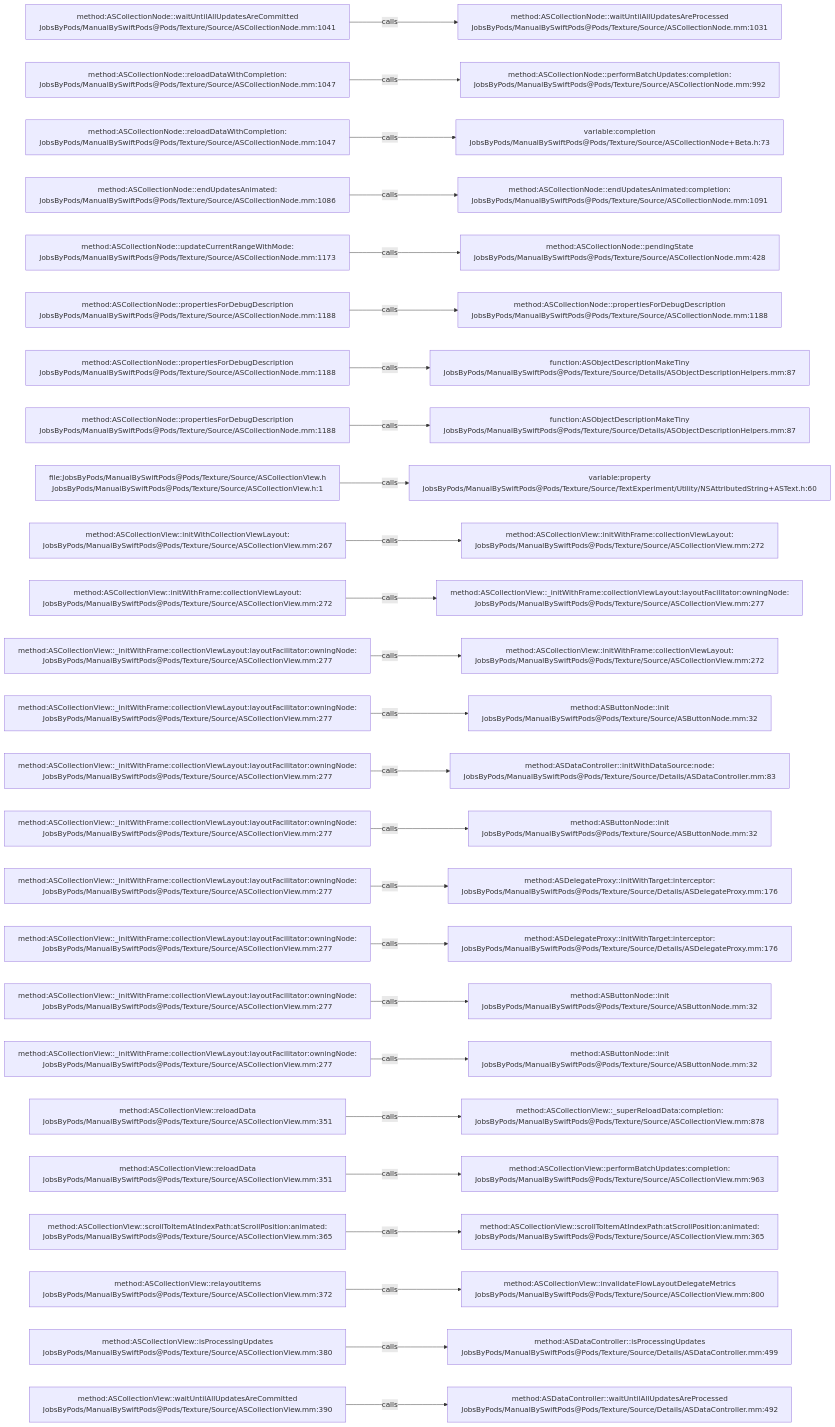
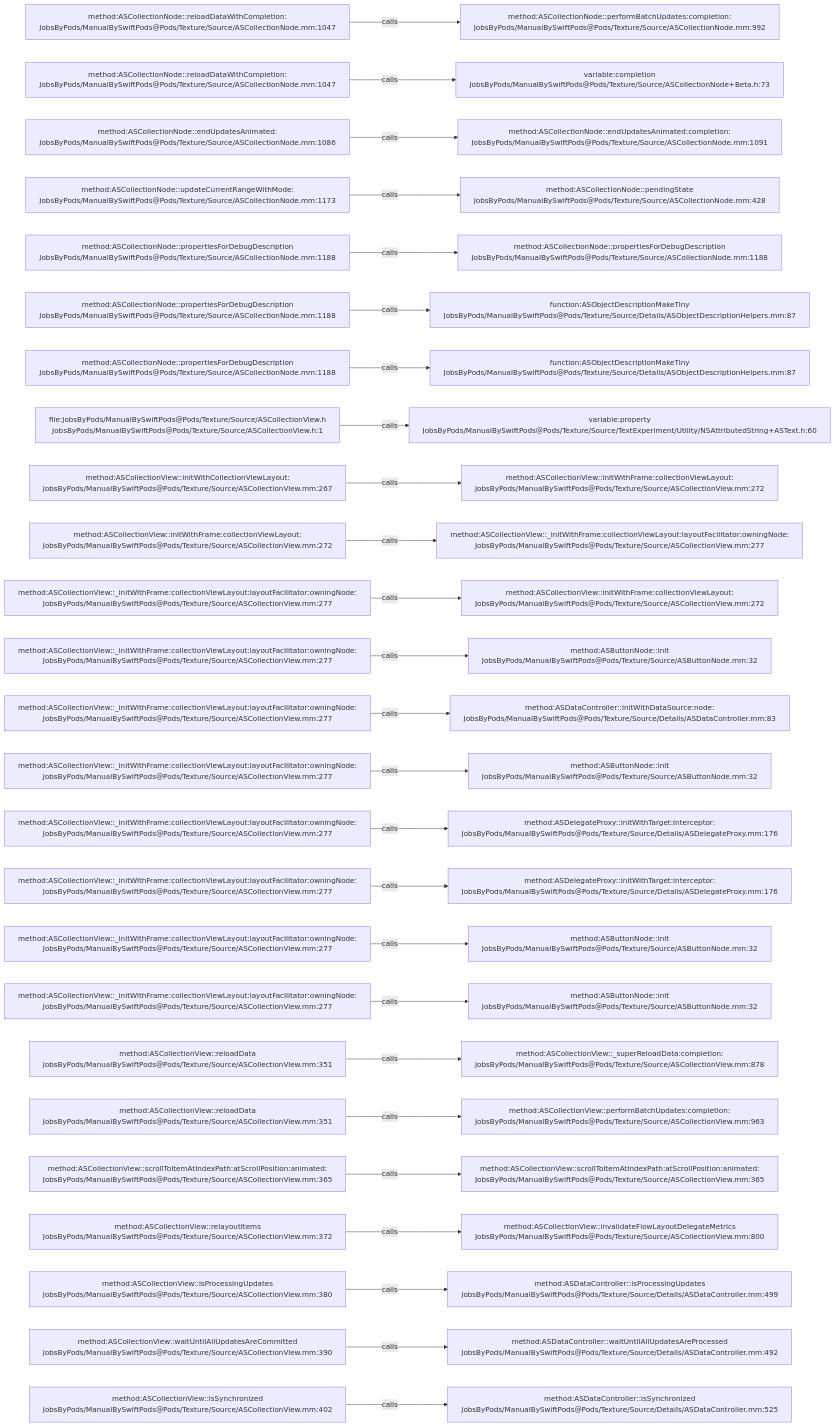
Before and after one commit to JobsKits/JobsSwiftBaseConfigDemo: the diagram in .codegraph/codegraph.md/graphs/calls-010.md, drawn with Mermaid. The commit also changed 747 other files, not shown here.

````diff
--- a/.codegraph/codegraph.md/graphs/calls-010.md
+++ b/.codegraph/codegraph.md/graphs/calls-010.md
@@ -13,78 +13,78 @@
 ```mermaid
 flowchart LR
-  S1["method:ASCollectionNode::waitUntilAllUpdatesAreCommitted<br/>JobsByPods/ManualBySwiftPods@Pods/Texture/Source/ASCollectionNode.mm:1041"]
-  T1["method:ASCollectionNode::waitUntilAllUpdatesAreProcessed<br/>JobsByPods/ManualBySwiftPods@Pods/Texture/Source/ASCollectionNode.mm:1031"]
+  S1["method:ASCollectionNode::reloadDataWithCompletion:<br/>JobsByPods/ManualBySwiftPods@Pods/Texture/Source/ASCollectionNode.mm:1047"]
+  T1["method:ASCollectionNode::performBatchUpdates:completion:<br/>JobsByPods/ManualBySwiftPods@Pods/Texture/Source/ASCollectionNode.mm:992"]
   S1 -->|calls| T1
   S2["method:ASCollectionNode::reloadDataWithCompletion:<br/>JobsByPods/ManualBySwiftPods@Pods/Texture/Source/ASCollectionNode.mm:1047"]
-  T2["method:ASCollectionNode::performBatchUpdates:completion:<br/>JobsByPods/ManualBySwiftPods@Pods/Texture/Source/ASCollectionNode.mm:992"]
+  T2["variable:completion<br/>JobsByPods/ManualBySwiftPods@Pods/Texture/Source/ASCollectionNode+Beta.h:73"]
   S2 -->|calls| T2
-  S3["method:ASCollectionNode::reloadDataWithCompletion:<br/>JobsByPods/ManualBySwiftPods@Pods/Texture/Source/ASCollectionNode.mm:1047"]
-  T3["variable:completion<br/>JobsByPods/ManualBySwiftPods@Pods/Texture/Source/ASCollectionNode+Beta.h:73"]
+  S3["method:ASCollectionNode::endUpdatesAnimated:<br/>JobsByPods/ManualBySwiftPods@Pods/Texture/Source/ASCollectionNode.mm:1086"]
+  T3["method:ASCollectionNode::endUpdatesAnimated:completion:<br/>JobsByPods/ManualBySwiftPods@Pods/Texture/Source/ASCollectionNode.mm:1091"]
   S3 -->|calls| T3
-  S4["method:ASCollectionNode::endUpdatesAnimated:<br/>JobsByPods/ManualBySwiftPods@Pods/Texture/Source/ASCollectionNode.mm:1086"]
-  T4["method:ASCollectionNode::endUpdatesAnimated:completion:<br/>JobsByPods/ManualBySwiftPods@Pods/Texture/Source/ASCollectionNode.mm:1091"]
+  S4["method:ASCollectionNode::updateCurrentRangeWithMode:<br/>JobsByPods/ManualBySwiftPods@Pods/Texture/Source/ASCollectionNode.mm:1173"]
+  T4["method:ASCollectionNode::pendingState<br/>JobsByPods/ManualBySwiftPods@Pods/Texture/Source/ASCollectionNode.mm:428"]
   S4 -->|calls| T4
-  S5["method:ASCollectionNode::updateCurrentRangeWithMode:<br/>JobsByPods/ManualBySwiftPods@Pods/Texture/Source/ASCollectionNode.mm:1173"]
-  T5["method:ASCollectionNode::pendingState<br/>JobsByPods/ManualBySwiftPods@Pods/Texture/Source/ASCollectionNode.mm:428"]
+  S5["method:ASCollectionNode::propertiesForDebugDescription<br/>JobsByPods/ManualBySwiftPods@Pods/Texture/Source/ASCollectionNode.mm:1188"]
+  T5["method:ASCollectionNode::propertiesForDebugDescription<br/>JobsByPods/ManualBySwiftPods@Pods/Texture/Source/ASCollectionNode.mm:1188"]
   S5 -->|calls| T5
   S6["method:ASCollectionNode::propertiesForDebugDescription<br/>JobsByPods/ManualBySwiftPods@Pods/Texture/Source/ASCollectionNode.mm:1188"]
-  T6["method:ASCollectionNode::propertiesForDebugDescription<br/>JobsByPods/ManualBySwiftPods@Pods/Texture/Source/ASCollectionNode.mm:1188"]
+  T6["function:ASObjectDescriptionMakeTiny<br/>JobsByPods/ManualBySwiftPods@Pods/Texture/Source/Details/ASObjectDescriptionHelpers.mm:87"]
   S6 -->|calls| T6
   S7["method:ASCollectionNode::propertiesForDebugDescription<br/>JobsByPods/ManualBySwiftPods@Pods/Texture/Source/ASCollectionNode.mm:1188"]
   T7["function:ASObjectDescriptionMakeTiny<br/>JobsByPods/ManualBySwiftPods@Pods/Texture/Source/Details/ASObjectDescriptionHelpers.mm:87"]
   S7 -->|calls| T7
-  S8["method:ASCollectionNode::propertiesForDebugDescription<br/>JobsByPods/ManualBySwiftPods@Pods/Texture/Source/ASCollectionNode.mm:1188"]
-  T8["function:ASObjectDescriptionMakeTiny<br/>JobsByPods/ManualBySwiftPods@Pods/Texture/Source/Details/ASObjectDescriptionHelpers.mm:87"]
+  S8["file:JobsByPods/ManualBySwiftPods@Pods/Texture/Source/ASCollectionView.h<br/>JobsByPods/ManualBySwiftPods@Pods/Texture/Source/ASCollectionView.h:1"]
+  T8["variable:property<br/>JobsByPods/ManualBySwiftPods@Pods/Texture/Source/TextExperiment/Utility/NSAttributedString+ASText.h:60"]
   S8 -->|calls| T8
-  S9["file:JobsByPods/ManualBySwiftPods@Pods/Texture/Source/ASCollectionView.h<br/>JobsByPods/ManualBySwiftPods@Pods/Texture/Source/ASCollectionView.h:1"]
-  T9["variable:property<br/>JobsByPods/ManualBySwiftPods@Pods/Texture/Source/TextExperiment/Utility/NSAttributedString+ASText.h:60"]
+  S9["method:ASCollectionView::initWithCollectionViewLayout:<br/>JobsByPods/ManualBySwiftPods@Pods/Texture/Source/ASCollectionView.mm:267"]
+  T9["method:ASCollectionView::initWithFrame:collectionViewLayout:<br/>JobsByPods/ManualBySwiftPods@Pods/Texture/Source/ASCollectionView.mm:272"]
   S9 -->|calls| T9
-  S10["method:ASCollectionView::initWithCollectionViewLayout:<br/>JobsByPods/ManualBySwiftPods@Pods/Texture/Source/ASCollectionView.mm:267"]
-  T10["method:ASCollectionView::initWithFrame:collectionViewLayout:<br/>JobsByPods/ManualBySwiftPods@Pods/Texture/Source/ASCollectionView.mm:272"]
+  S10["method:ASCollectionView::initWithFrame:collectionViewLayout:<br/>JobsByPods/ManualBySwiftPods@Pods/Texture/Source/ASCollectionView.mm:272"]
+  T10["method:ASCollectionView::_initWithFrame:collectionViewLayout:layoutFacilitator:owningNode:<br/>JobsByPods/ManualBySwiftPods@Pods/Texture/Source/ASCollectionView.mm:277"]
   S10 -->|calls| T10
-  S11["method:ASCollectionView::initWithFrame:collectionViewLayout:<br/>JobsByPods/ManualBySwiftPods@Pods/Texture/Source/ASCollectionView.mm:272"]
-  T11["method:ASCollectionView::_initWithFrame:collectionViewLayout:layoutFacilitator:owningNode:<br/>JobsByPods/ManualBySwiftPods@Pods/Texture/Source/ASCollectionView.mm:277"]
+  S11["method:ASCollectionView::_initWithFrame:collectionViewLayout:layoutFacilitator:owningNode:<br/>JobsByPods/ManualBySwiftPods@Pods/Texture/Source/ASCollectionView.mm:277"]
+  T11["method:ASCollectionView::initWithFrame:collectionViewLayout:<br/>JobsByPods/ManualBySwiftPods@Pods/Texture/Source/ASCollectionView.mm:272"]
   S11 -->|calls| T11
   S12["method:ASCollectionView::_initWithFrame:collectionViewLayout:layoutFacilitator:owningNode:<br/>JobsByPods/ManualBySwiftPods@Pods/Texture/Source/ASCollectionView.mm:277"]
-  T12["method:ASCollectionView::initWithFrame:collectionViewLayout:<br/>JobsByPods/ManualBySwiftPods@Pods/Texture/Source/ASCollectionView.mm:272"]
+  T12["method:ASButtonNode::init<br/>JobsByPods/ManualBySwiftPods@Pods/Texture/Source/ASButtonNode.mm:32"]
   S12 -->|calls| T12
   S13["method:ASCollectionView::_initWithFrame:collectionViewLayout:layoutFacilitator:owningNode:<br/>JobsByPods/ManualBySwiftPods@Pods/Texture/Source/ASCollectionView.mm:277"]
-  T13["method:ASButtonNode::init<br/>JobsByPods/ManualBySwiftPods@Pods/Texture/Source/ASButtonNode.mm:32"]
+  T13["method:ASDataController::initWithDataSource:node:<br/>JobsByPods/ManualBySwiftPods@Pods/Texture/Source/Details/ASDataController.mm:83"]
   S13 -->|calls| T13
   S14["method:ASCollectionView::_initWithFrame:collectionViewLayout:layoutFacilitator:owningNode:<br/>JobsByPods/ManualBySwiftPods@Pods/Texture/Source/ASCollectionView.mm:277"]
-  T14["method:ASDataController::initWithDataSource:node:<br/>JobsByPods/ManualBySwiftPods@Pods/Texture/Source/Details/ASDataController.mm:83"]
+  T14["method:ASButtonNode::init<br/>JobsByPods/ManualBySwiftPods@Pods/Texture/Source/ASButtonNode.mm:32"]
   S14 -->|calls| T14
   S15["method:ASCollectionView::_initWithFrame:collectionViewLayout:layoutFacilitator:owningNode:<br/>JobsByPods/ManualBySwiftPods@Pods/Texture/Source/ASCollectionView.mm:277"]
-  T15["method:ASButtonNode::init<br/>JobsByPods/ManualBySwiftPods@Pods/Texture/Source/ASButtonNode.mm:32"]
+  T15["method:ASDelegateProxy::initWithTarget:interceptor:<br/>JobsByPods/ManualBySwiftPods@Pods/Texture/Source/Details/ASDelegateProxy.mm:176"]
   S15 -->|calls| T15
   S16["method:ASCollectionView::_initWithFrame:collectionViewLayout:layoutFacilitator:owningNode:<br/>JobsByPods/ManualBySwiftPods@Pods/Texture/Source/ASCollectionView.mm:277"]
   T16["method:ASDelegateProxy::initWithTarget:interceptor:<br/>JobsByPods/ManualBySwiftPods@Pods/Texture/Source/Details/ASDelegateProxy.mm:176"]
   S16 -->|calls| T16
   S17["method:ASCollectionView::_initWithFrame:collectionViewLayout:layoutFacilitator:owningNode:<br/>JobsByPods/ManualBySwiftPods@Pods/Texture/Source/ASCollectionView.mm:277"]
-  T17["method:ASDelegateProxy::initWithTarget:interceptor:<br/>JobsByPods/ManualBySwiftPods@Pods/Texture/Source/Details/ASDelegateProxy.mm:176"]
+  T17["method:ASButtonNode::init<br/>JobsByPods/ManualBySwiftPods@Pods/Texture/Source/ASButtonNode.mm:32"]
   S17 -->|calls| T17
   S18["method:ASCollectionView::_initWithFrame:collectionViewLayout:layoutFacilitator:owningNode:<br/>JobsByPods/ManualBySwiftPods@Pods/Texture/Source/ASCollectionView.mm:277"]
   T18["method:ASButtonNode::init<br/>JobsByPods/ManualBySwiftPods@Pods/Texture/Source/ASButtonNode.mm:32"]
   S18 -->|calls| T18
-  S19["method:ASCollectionView::_initWithFrame:collectionViewLayout:layoutFacilitator:owningNode:<br/>JobsByPods/ManualBySwiftPods@Pods/Texture/Source/ASCollectionView.mm:277"]
-  T19["method:ASButtonNode::init<br/>JobsByPods/ManualBySwiftPods@Pods/Texture/Source/ASButtonNode.mm:32"]
+  S19["method:ASCollectionView::reloadData<br/>JobsByPods/ManualBySwiftPods@Pods/Texture/Source/ASCollectionView.mm:351"]
+  T19["method:ASCollectionView::_superReloadData:completion:<br/>JobsByPods/ManualBySwiftPods@Pods/Texture/Source/ASCollectionView.mm:878"]
   S19 -->|calls| T19
   S20["method:ASCollectionView::reloadData<br/>JobsByPods/ManualBySwiftPods@Pods/Texture/Source/ASCollectionView.mm:351"]
-  T20["method:ASCollectionView::_superReloadData:completion:<br/>JobsByPods/ManualBySwiftPods@Pods/Texture/Source/ASCollectionView.mm:878"]
+  T20["method:ASCollectionView::performBatchUpdates:completion:<br/>JobsByPods/ManualBySwiftPods@Pods/Texture/Source/ASCollectionView.mm:963"]
   S20 -->|calls| T20
-  S21["method:ASCollectionView::reloadData<br/>JobsByPods/ManualBySwiftPods@Pods/Texture/Source/ASCollectionView.mm:351"]
-  T21["method:ASCollectionView::performBatchUpdates:completion:<br/>JobsByPods/ManualBySwiftPods@Pods/Texture/Source/ASCollectionView.mm:963"]
+  S21["method:ASCollectionView::scrollToItemAtIndexPath:atScrollPosition:animated:<br/>JobsByPods/ManualBySwiftPods@Pods/Texture/Source/ASCollectionView.mm:365"]
+  T21["method:ASCollectionView::scrollToItemAtIndexPath:atScrollPosition:animated:<br/>JobsByPods/ManualBySwiftPods@Pods/Texture/Source/ASCollectionView.mm:365"]
   S21 -->|calls| T21
-  S22["method:ASCollectionView::scrollToItemAtIndexPath:atScrollPosition:animated:<br/>JobsByPods/ManualBySwiftPods@Pods/Texture/Source/ASCollectionView.mm:365"]
-  T22["method:ASCollectionView::scrollToItemAtIndexPath:atScrollPosition:animated:<br/>JobsByPods/ManualBySwiftPods@Pods/Texture/Source/ASCollectionView.mm:365"]
+  S22["method:ASCollectionView::relayoutItems<br/>JobsByPods/ManualBySwiftPods@Pods/Texture/Source/ASCollectionView.mm:372"]
+  T22["method:ASCollectionView::invalidateFlowLayoutDelegateMetrics<br/>JobsByPods/ManualBySwiftPods@Pods/Texture/Source/ASCollectionView.mm:800"]
   S22 -->|calls| T22
-  S23["method:ASCollectionView::relayoutItems<br/>JobsByPods/ManualBySwiftPods@Pods/Texture/Source/ASCollectionView.mm:372"]
-  T23["method:ASCollectionView::invalidateFlowLayoutDelegateMetrics<br/>JobsByPods/ManualBySwiftPods@Pods/Texture/Source/ASCollectionView.mm:800"]
+  S23["method:ASCollectionView::isProcessingUpdates<br/>JobsByPods/ManualBySwiftPods@Pods/Texture/Source/ASCollectionView.mm:380"]
+  T23["method:ASDataController::isProcessingUpdates<br/>JobsByPods/ManualBySwiftPods@Pods/Texture/Source/Details/ASDataController.mm:499"]
   S23 -->|calls| T23
-  S24["method:ASCollectionView::isProcessingUpdates<br/>JobsByPods/ManualBySwiftPods@Pods/Texture/Source/ASCollectionView.mm:380"]
-  T24["method:ASDataController::isProcessingUpdates<br/>JobsByPods/ManualBySwiftPods@Pods/Texture/Source/Details/ASDataController.mm:499"]
+  S24["method:ASCollectionView::waitUntilAllUpdatesAreCommitted<br/>JobsByPods/ManualBySwiftPods@Pods/Texture/Source/ASCollectionView.mm:390"]
+  T24["method:ASDataController::waitUntilAllUpdatesAreProcessed<br/>JobsByPods/ManualBySwiftPods@Pods/Texture/Source/Details/ASDataController.mm:492"]
   S24 -->|calls| T24
-  S25["method:ASCollectionView::waitUntilAllUpdatesAreCommitted<br/>JobsByPods/ManualBySwiftPods@Pods/Texture/Source/ASCollectionView.mm:390"]
-  T25["method:ASDataController::waitUntilAllUpdatesAreProcessed<br/>JobsByPods/ManualBySwiftPods@Pods/Texture/Source/Details/ASDataController.mm:492"]
+  S25["method:ASCollectionView::isSynchronized<br/>JobsByPods/ManualBySwiftPods@Pods/Texture/Source/ASCollectionView.mm:402"]
+  T25["method:ASDataController::isSynchronized<br/>JobsByPods/ManualBySwiftPods@Pods/Texture/Source/Details/ASDataController.mm:525"]
   S25 -->|calls| T25
 ```
````
